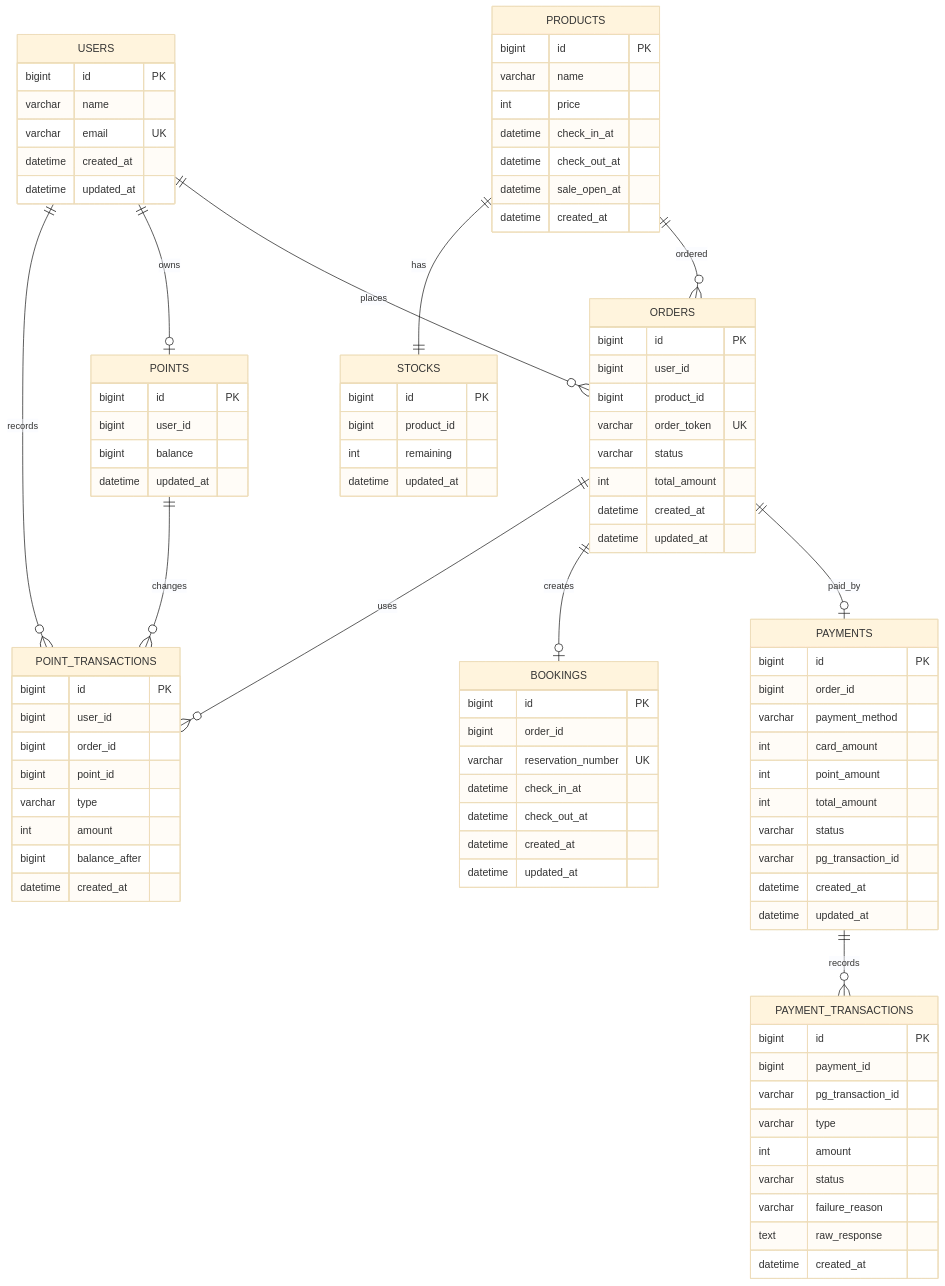
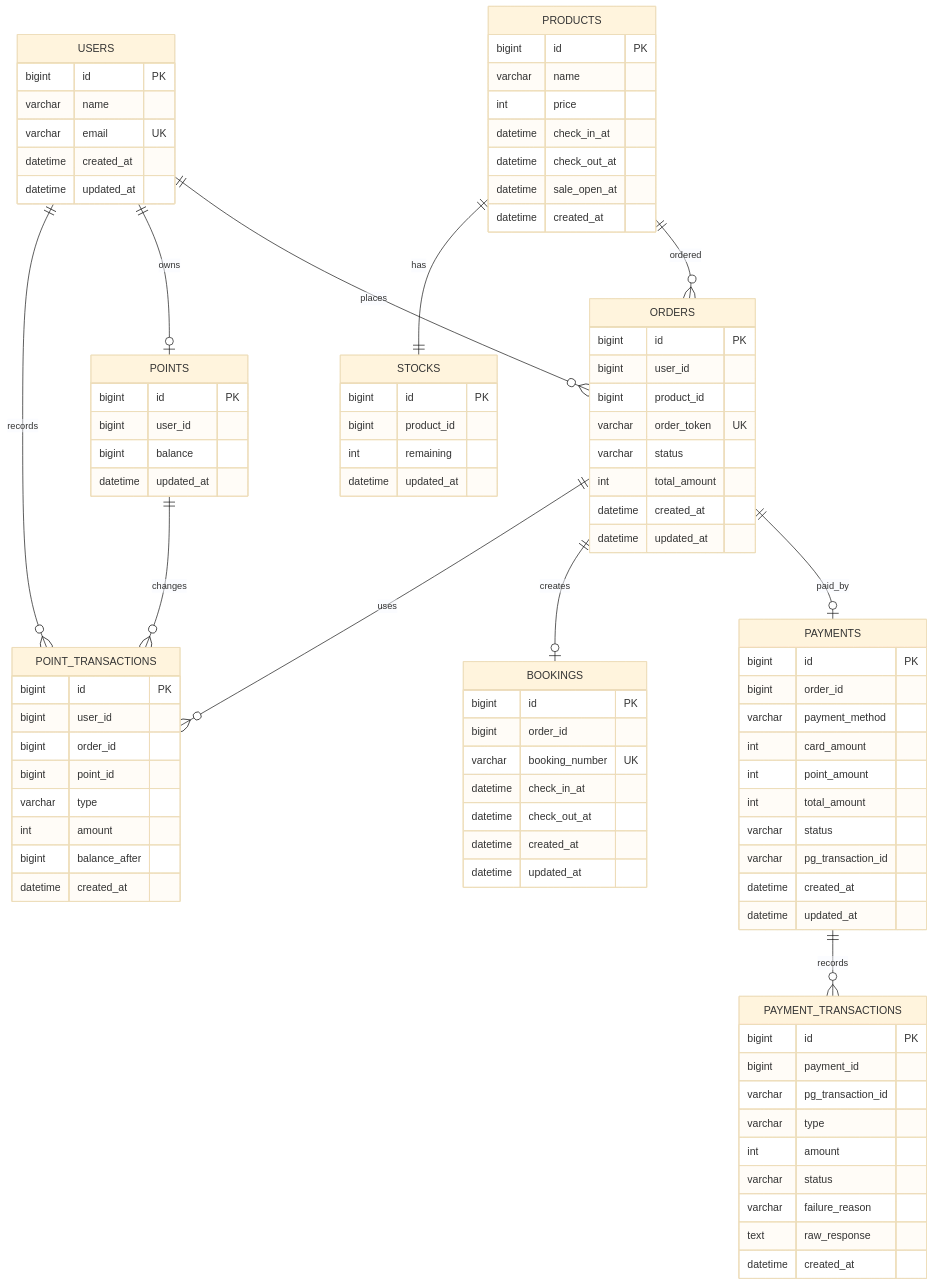
One commit to seunzu/reservation-platform changed the diagram in docs/erd.md. Above: the diagram before and after it, drawn with Mermaid (base theme). The commit also changed other lines of this file and 6 other files, not shown here.

```diff
--- a/docs/erd.md
+++ b/docs/erd.md
@@ -99,7 +99,7 @@
     BOOKINGS {
         bigint id PK
         bigint order_id
-        varchar reservation_number UK
+        varchar booking_number UK
         datetime check_in_at
         datetime check_out_at
         datetime created_at
```
